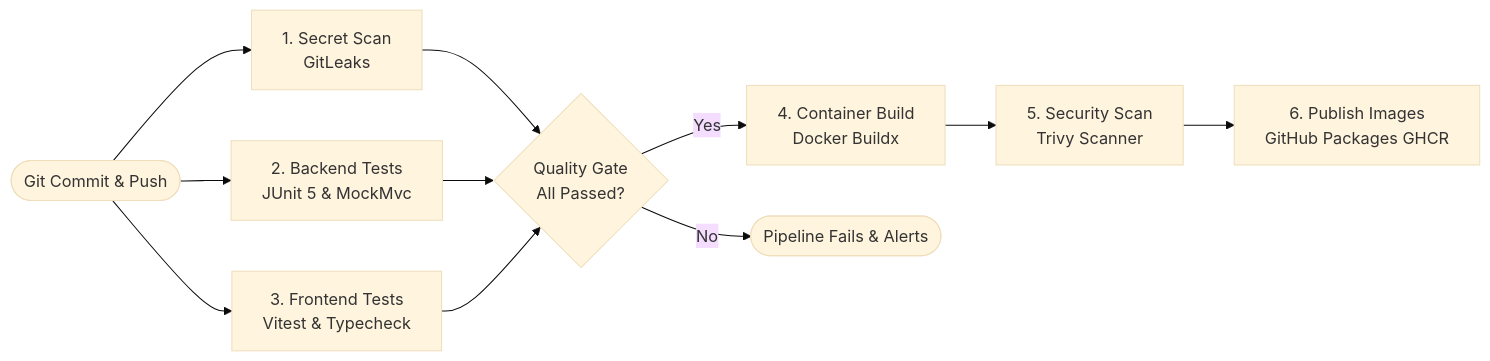
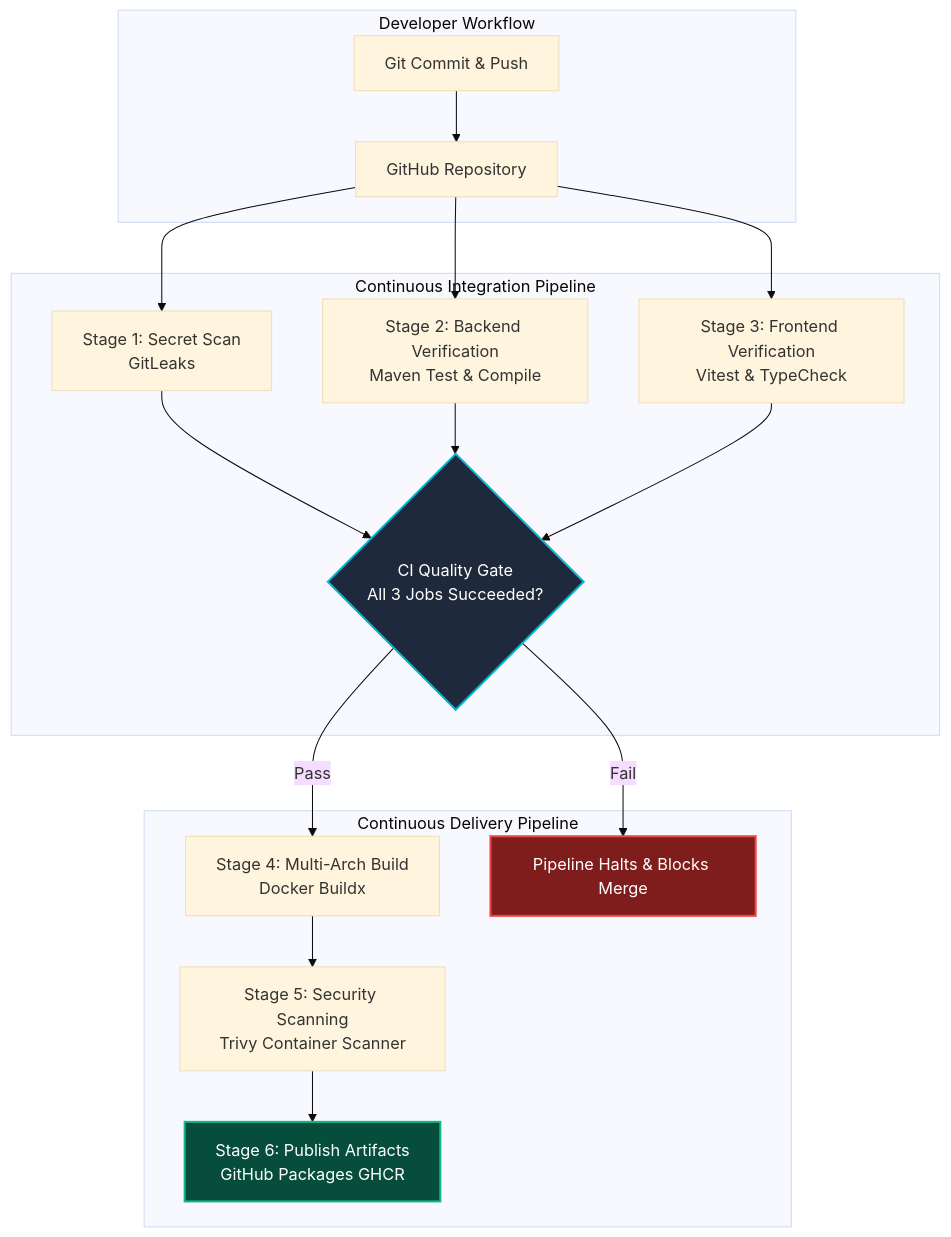
One commit to DRAGHIT/devsecops-vulntrack changed the diagram in docs/handbook/10-github-actions-and-cicd.md. Above: the diagram before and after it, drawn with Mermaid (base theme). The commit also changed other lines of this file and 8 other files, not shown here.

Commit message:
docs(handbook): enrich chapters 10-17 with deep-dives, diagrams, PromQL, HPA math, and Swagger guide

````diff
--- a/docs/handbook/10-github-actions-and-cicd.md
+++ b/docs/handbook/10-github-actions-and-cicd.md
@@ -9,16 +12,28 @@
 ```mermaid
-flowchart LR
-    Commit([Git Commit & Push]) --> Job1[1. Secret Scan<br/>GitLeaks]
-    Commit --> Job2[2. Backend Tests<br/>JUnit 5 & MockMvc]
-    Commit --> Job3[3. Frontend Tests<br/>Vitest & Typecheck]
-    
-    Job1 --> Gate{Quality Gate<br/>All Passed?}
-    Job2 --> Gate
-    Job3 --> Gate
+flowchart TD
+    subgraph Developer [Developer Workflow]
+        A[Git Commit & Push] --> B[GitHub Repository]
+    end
 
-    Gate -->|Yes| Job4[4. Container Build<br/>Docker Buildx]
-    Gate -->|No| Fail([Pipeline Fails & Alerts])
+    subgraph CI [Continuous Integration Pipeline]
+        B --> C[Stage 1: Secret Scan<br/>GitLeaks]
+        B --> D[Stage 2: Backend Verification<br/>Maven Test & Compile]
+        B --> E[Stage 3: Frontend Verification<br/>Vitest & TypeCheck]
 
-    Job4 --> Job5[5. Security Scan<br/>Trivy Scanner]
-    Job5 --> Job6[6. Publish Images<br/>GitHub Packages GHCR]
+        C --> Gate{CI Quality Gate<br/>All 3 Jobs Succeeded?}
+        D --> Gate
+        E --> Gate
+    end
+
+    subgraph CD [Continuous Delivery Pipeline]
+        Gate -->|Pass| F[Stage 4: Multi-Arch Build<br/>Docker Buildx]
+        Gate -->|Fail| Alert[Pipeline Halts & Blocks Merge]
+
+        F --> G[Stage 5: Security Scanning<br/>Trivy Container Scanner]
+        G --> H[Stage 6: Publish Artifacts<br/>GitHub Packages GHCR]
+    end
+
+    style Gate fill:#1e293b,stroke:#06b6d4,stroke-width:2px,color:#fff
+    style Alert fill:#7f1d1d,stroke:#ef4444,stroke-width:2px,color:#fff
+    style H fill:#064e3b,stroke:#10b981,stroke-width:2px,color:#fff
 ```
````
